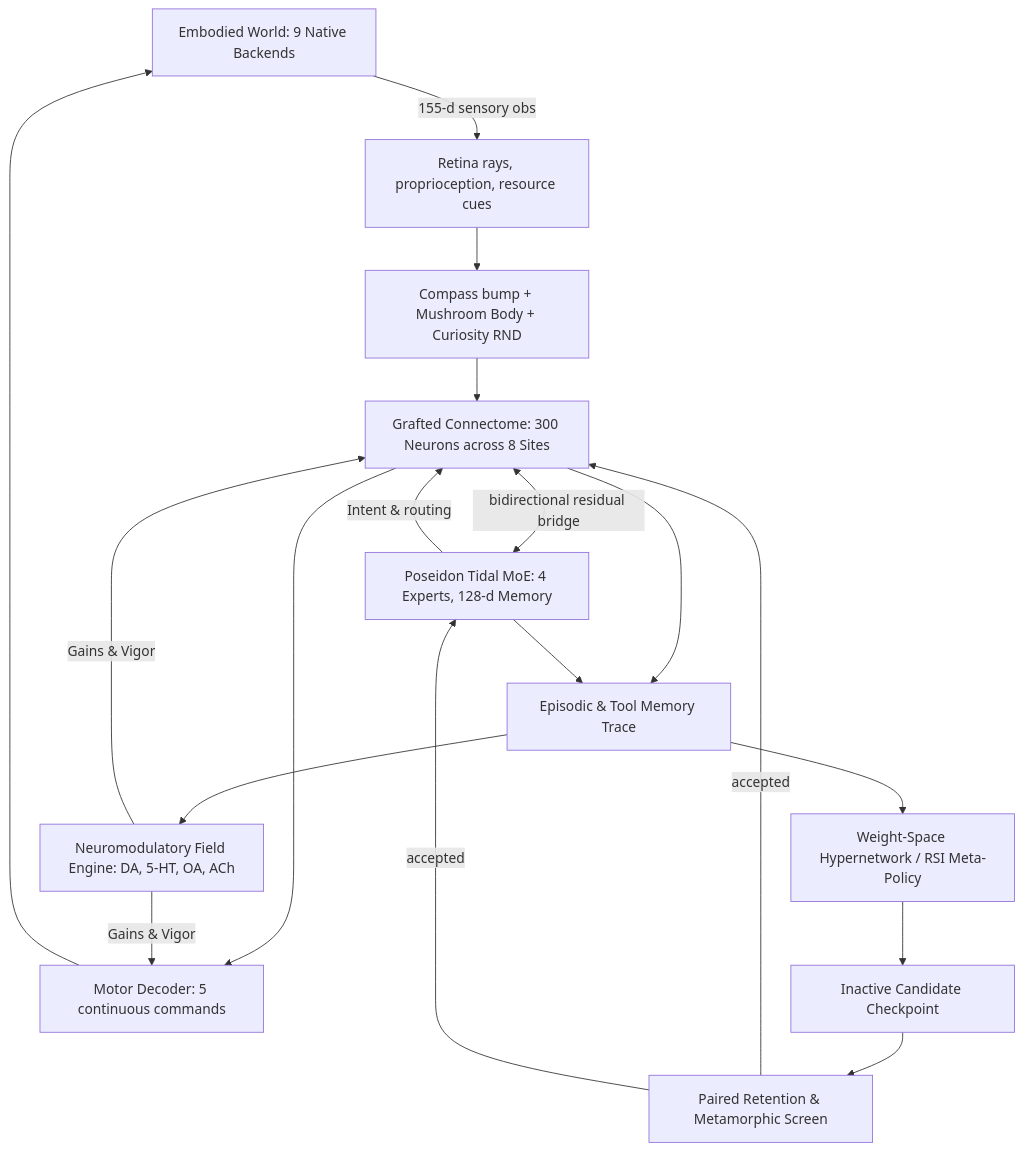
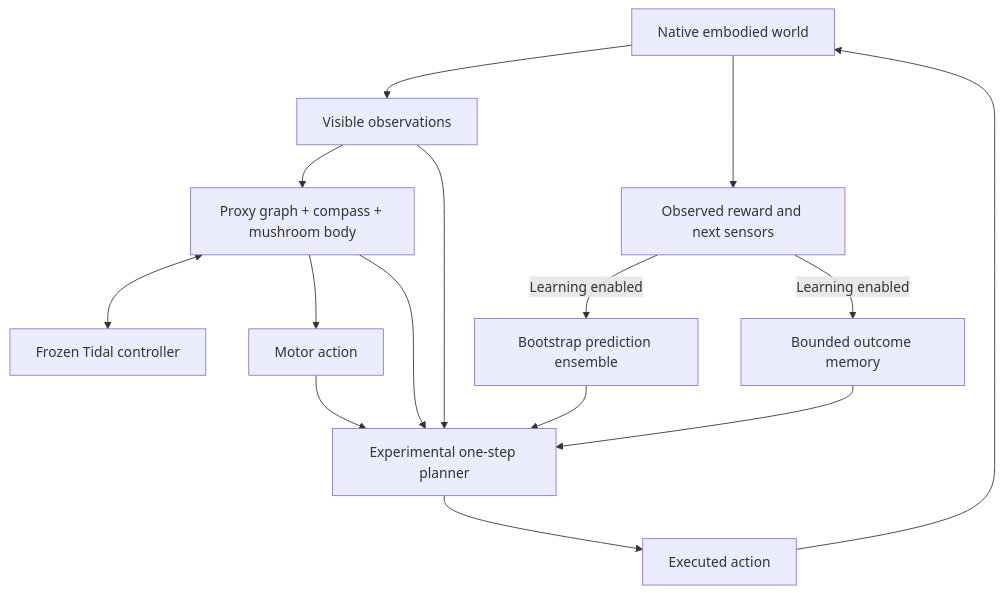
Before and after one commit to kai9987kai/Sonapse-LAB: the diagram in README.md, drawn with Mermaid. The commit also changed other lines of this file and 32 other files, not shown here.

````diff
--- a/README.md
+++ b/README.md
@@ -42,17 +21,17 @@
 ```mermaid
 flowchart TD
-    W[Embodied World: 9 Native Backends] -->|155-d sensory obs| S[Retina rays, proprioception, resource cues]
-    S --> B[Compass bump + Mushroom Body + Curiosity RND]
-    B --> G[Grafted Connectome: 300 Neurons across 8 Sites]
-    G --> A[Motor Decoder: 5 continuous commands] --> W
-    G <-->|bidirectional residual bridge| P[Poseidon Tidal MoE: 4 Experts, 128-d Memory]
-    P -->|Intent & routing| G
-    G & P --> E[Episodic & Tool Memory Trace]
-    E --> NM[Neuromodulatory Field Engine: DA, 5-HT, OA, ACh]
-    NM -->|Gains & Vigor| G & A
-    E --> C[Weight-Space Hypernetwork / RSI Meta-Policy]
-    C --> T[Inactive Candidate Checkpoint]
-    T --> V[Paired Retention & Metamorphic Screen]
-    V -->|accepted| G
-    V -->|accepted| P
+    W[Native embodied world] --> O[Visible observations]
+    O --> A[Proxy graph + compass + mushroom body]
+    A <--> T[Frozen Tidal controller]
+    A --> M[Motor action]
+    O --> P[Experimental one-step planner]
+    A --> P
+    M --> P
+    E[Bootstrap prediction ensemble] --> P
+    R[Bounded outcome memory] --> P
+    P --> X[Executed action]
+    X --> W
+    W --> F[Observed reward and next sensors]
+    F -->|Learning enabled| E
+    F -->|Learning enabled| R
 ```
````
